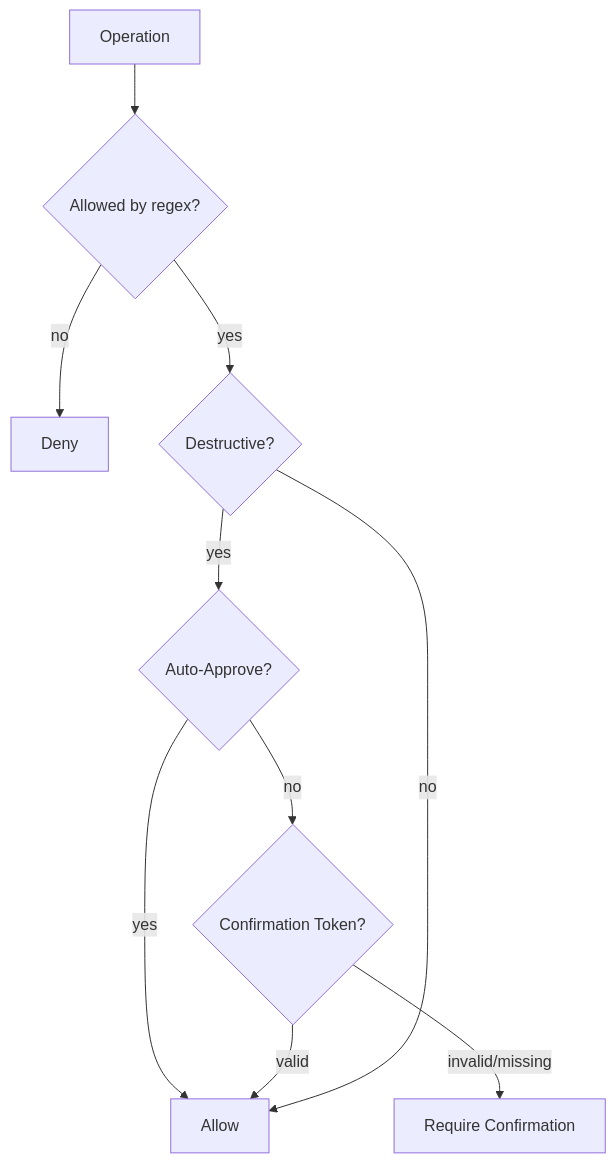
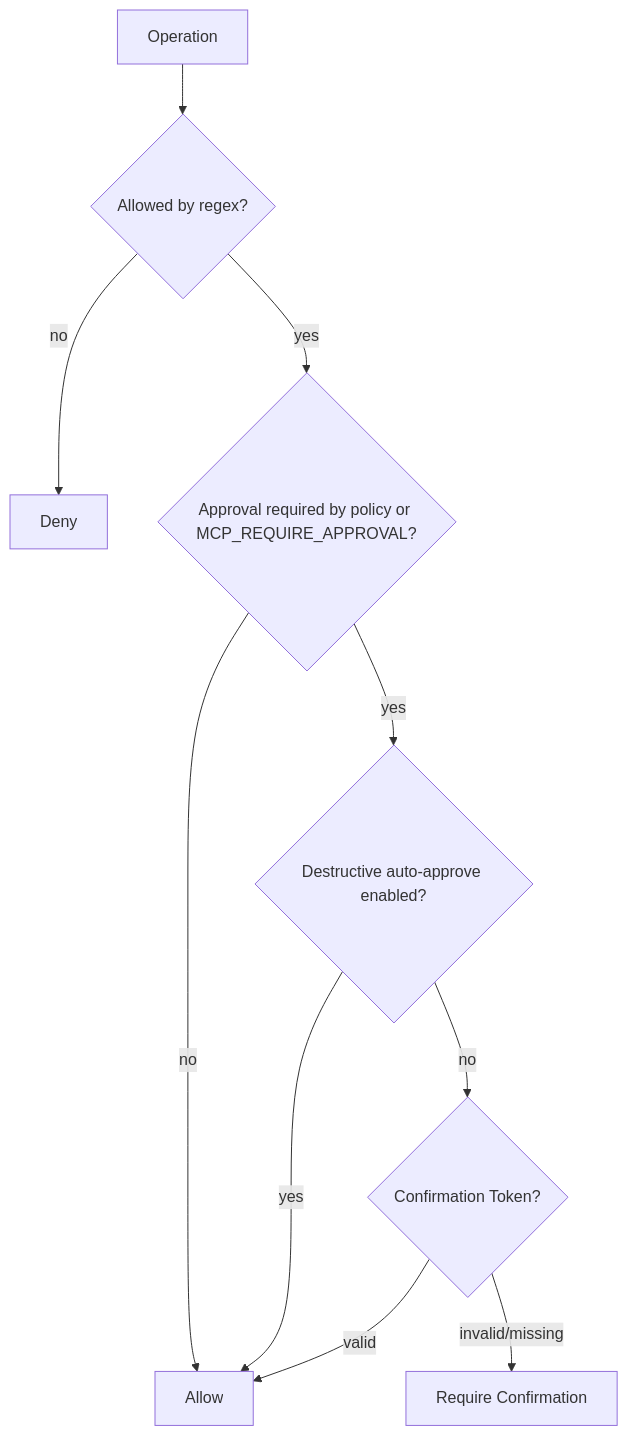
Before and after one commit to shark-bot-0118/aws-mcp-server: the second of 4 diagrams in DESIGN.md, drawn with Mermaid. The commit also changed other lines of this file and 105 other files, not shown here.

````diff
--- a/DESIGN.md
+++ b/DESIGN.md
@@ -330,12 +374,12 @@
 ```mermaid
 flowchart TD
   A[Operation] --> B{Allowed by regex?}
   B -- no --> Z[Deny]
-  B -- yes --> C{Destructive?}
-  C -- yes --> D{Auto-Approve?}
-  D -- yes --> Y[Allow]
+  B -- yes --> C{Approval required by policy or MCP_REQUIRE_APPROVAL?}
+  C -- no --> Y[Allow]
+  C -- yes --> D{Destructive auto-approve enabled?}
+  D -- yes --> Y
   D -- no --> E{Confirmation Token?}
   E -- valid --> Y
   E -- invalid/missing --> X[Require Confirmation]
-  C -- no --> Y
 ```
````
